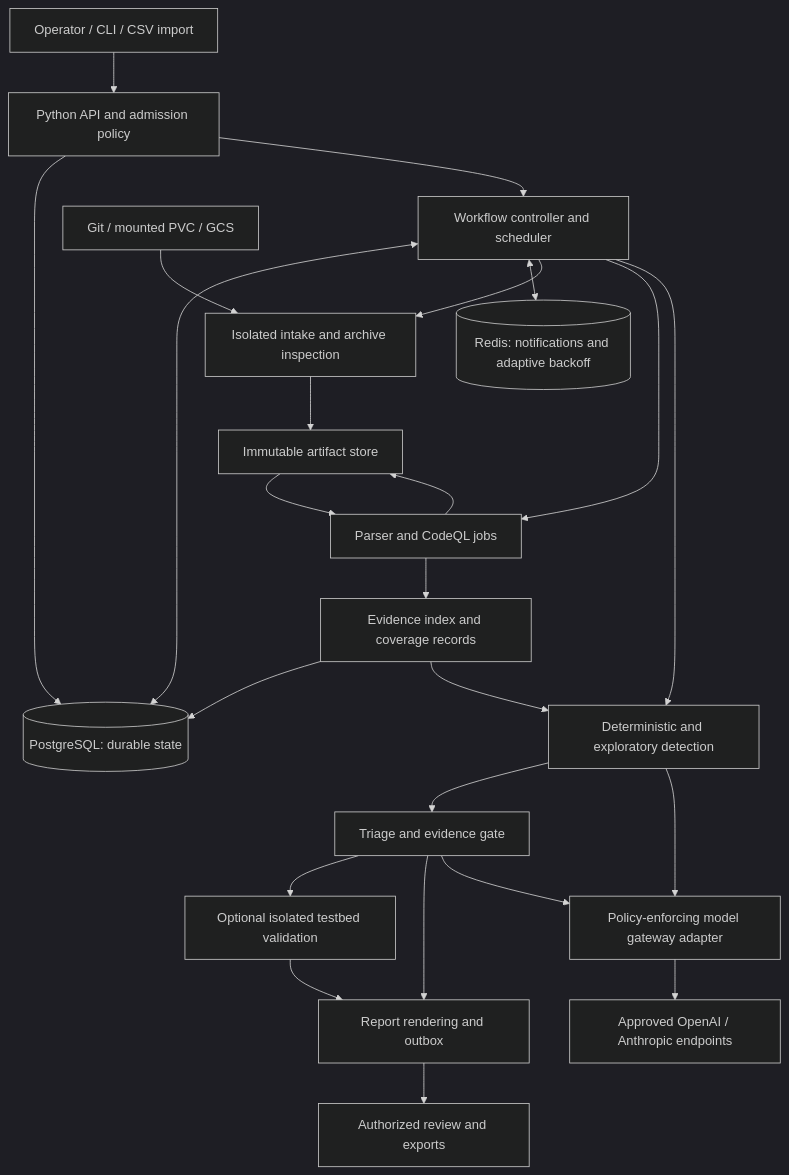
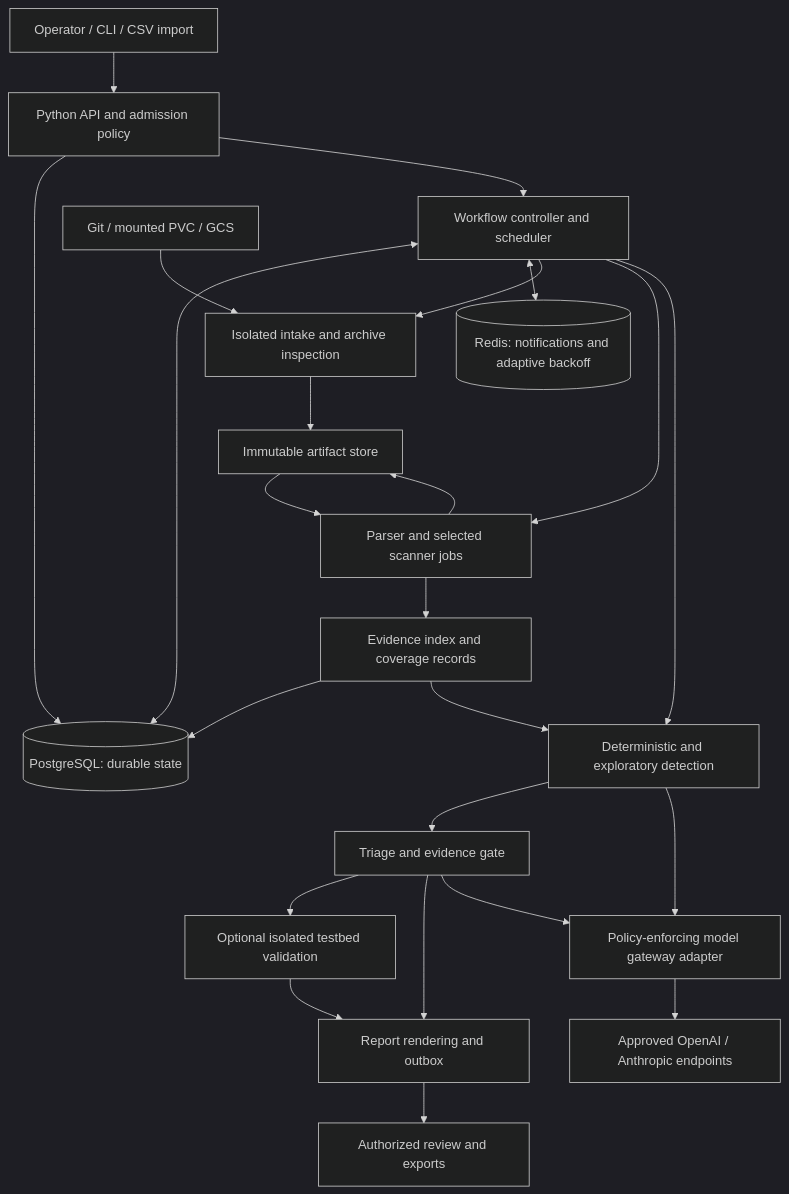
Diagram 13 of 13 in docs/architecture/system-design.md (erickikunda/traceproof), drawn with Mermaid (dark theme) before and after one commit. The commit also changed other lines of this file and 37 other files, not shown here.

````diff
--- a/docs/architecture/system-design.md
+++ b/docs/architecture/system-design.md
@@ -368,26 +465,26 @@
 ```mermaid
 flowchart TD
     U[Operator / CLI / CSV import] --> API[Python API and admission policy]
     API --> DB[(PostgreSQL: durable state)]
     API --> C[Workflow controller and scheduler]
     C <--> DB
     C <--> R[(Redis: notifications and adaptive backoff)]
     C --> I[Isolated intake and archive inspection]
     SRC[Git / mounted PVC / GCS] --> I
     I --> A[Immutable artifact store]
-    C --> S[Parser and CodeQL jobs]
+    C --> S[Parser and selected scanner jobs]
     A --> S
     S --> E[Evidence index and coverage records]
     E --> DB
     S --> A
     C --> D[Deterministic and exploratory detection]
     E --> D
     D --> T[Triage and evidence gate]
     T --> V[Optional isolated testbed validation]
     T --> P[Report rendering and outbox]
     V --> P
     P --> UI[Authorized review and exports]
     D --> G[Policy-enforcing model gateway adapter]
     T --> G
     G --> M[Approved OpenAI / Anthropic endpoints]
 ```
````
